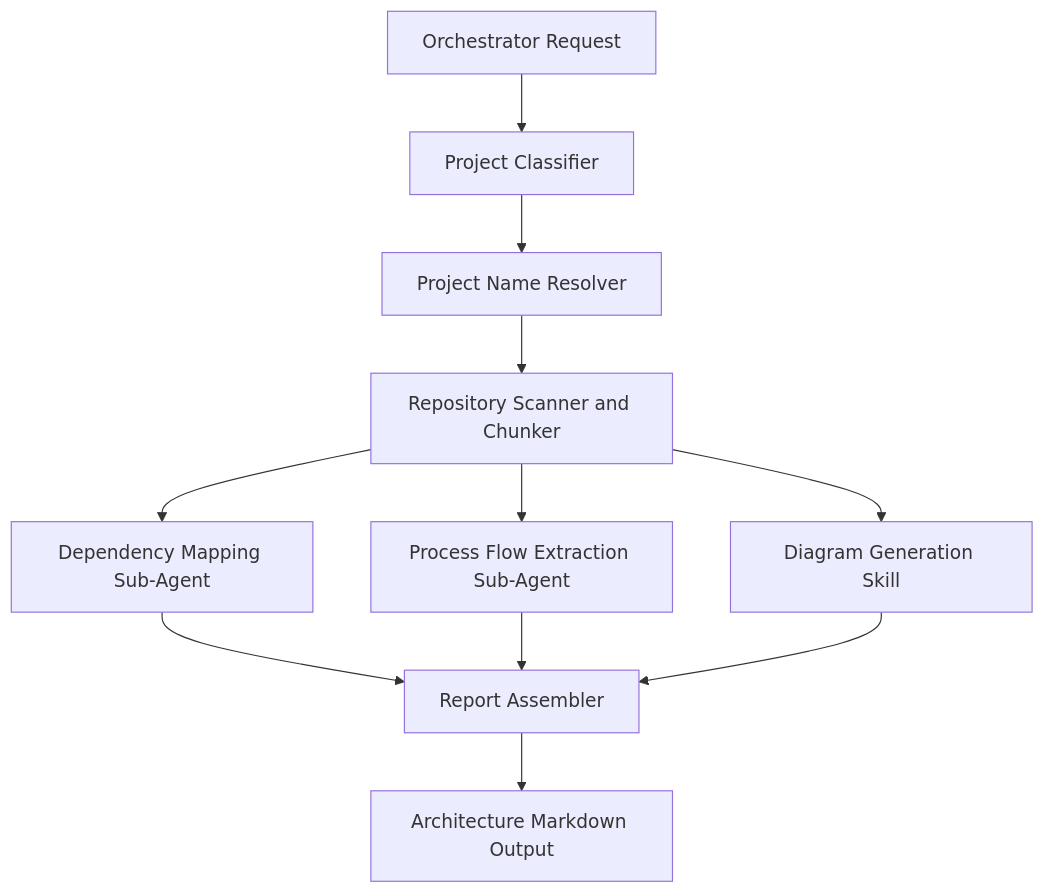
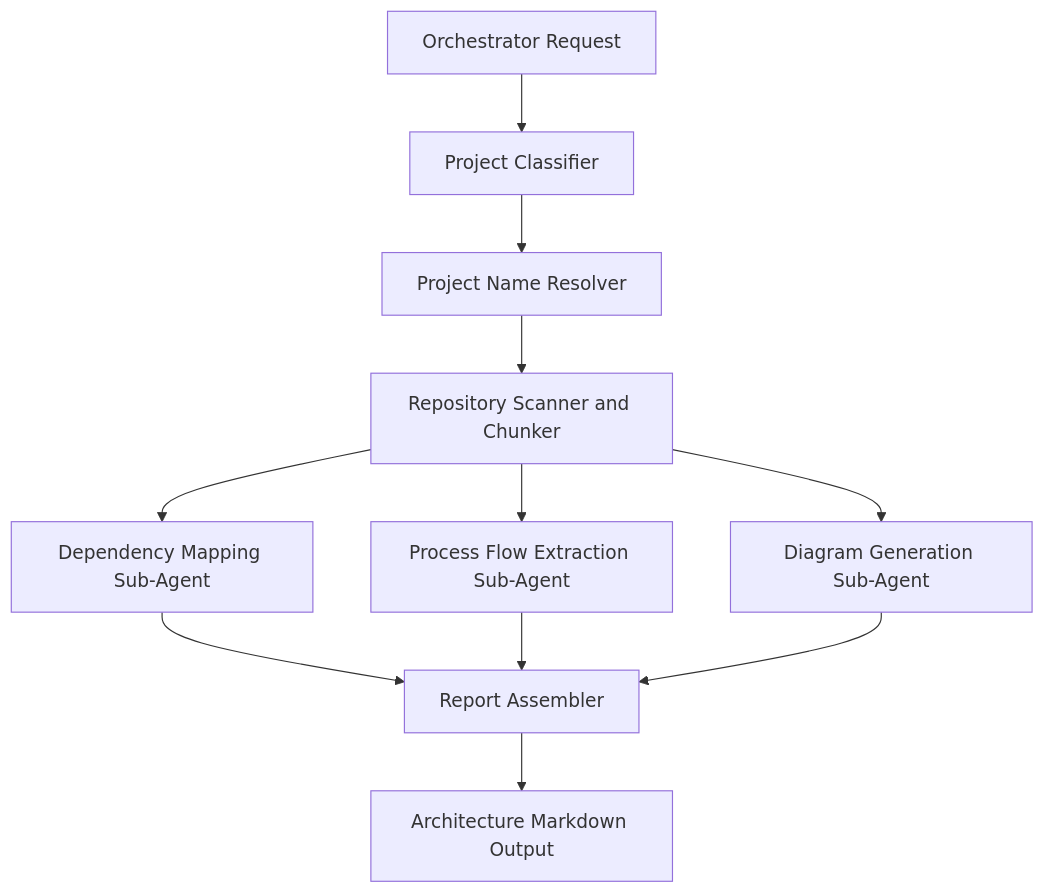
Before and after one commit to buddolla1/agents-skills-instructions: the diagram in github/agents/fullstack-project-architecture-analyzer/docs/fullstack-project-architecture-orchestrator.overview.md, drawn with Mermaid. The commit also changed other lines of this file and 22 other files, not shown here.

````diff
--- a/github/agents/fullstack-project-architecture-analyzer/docs/fullstack-project-architecture-orchestrator.overview.md
+++ b/github/agents/fullstack-project-architecture-analyzer/docs/fullstack-project-architecture-orchestrator.overview.md
@@ -17,13 +17,13 @@
 ```mermaid
 flowchart TD
     A[Orchestrator Request] --> B[Project Classifier]
     B --> C[Project Name Resolver]
     C --> D[Repository Scanner and Chunker]
     D --> E[Dependency Mapping Sub-Agent]
     D --> F[Process Flow Extraction Sub-Agent]
-    D --> G[Diagram Generation Skill]
+    D --> G[Diagram Generation Sub-Agent]
     E --> H[Report Assembler]
     F --> H
     G --> H
     H --> I[Architecture Markdown Output]
 ```
````
